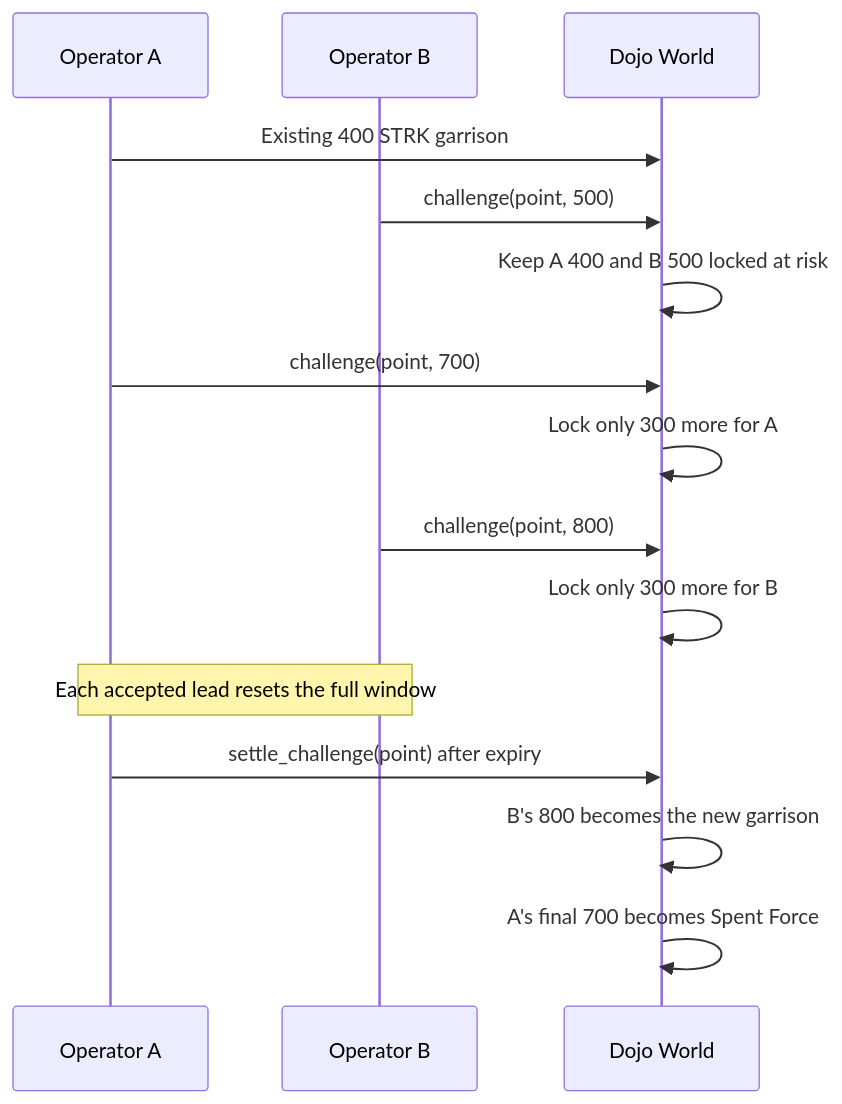
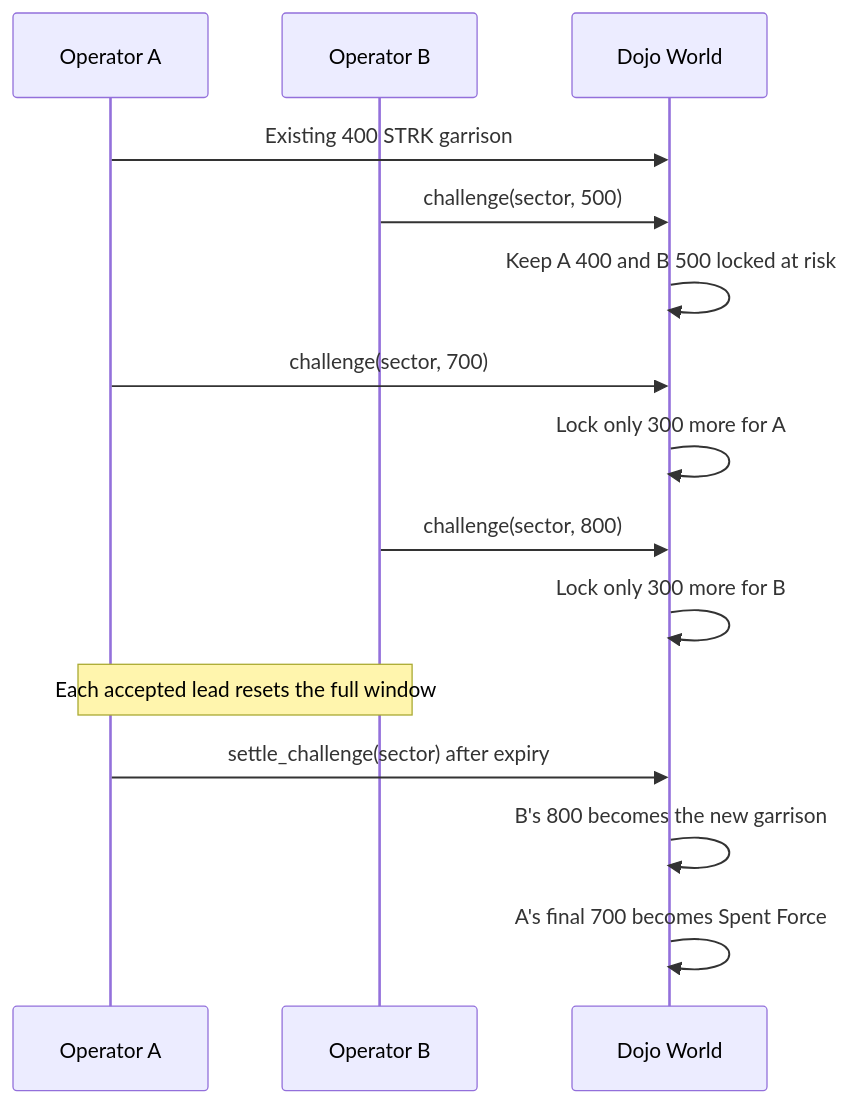
The diagram in docs/OPEN_CHALLENGE_FLOW.md (broody/stake-wars), drawn with Mermaid before and after one commit. The commit also changed other lines of this file and 93 other files, not shown here.

````diff
--- a/docs/OPEN_CHALLENGE_FLOW.md
+++ b/docs/OPEN_CHALLENGE_FLOW.md
@@ -32,18 +32,18 @@
 ```mermaid
 sequenceDiagram
     participant A as Operator A
     participant B as Operator B
     participant W as Dojo World
 
     A->>W: Existing 400 STRK garrison
-    B->>W: challenge(point, 500)
+    B->>W: challenge(sector, 500)
     W->>W: Keep A 400 and B 500 locked at risk
-    A->>W: challenge(point, 700)
+    A->>W: challenge(sector, 700)
     W->>W: Lock only 300 more for A
-    B->>W: challenge(point, 800)
+    B->>W: challenge(sector, 800)
     W->>W: Lock only 300 more for B
     Note over A,B: Each accepted lead resets the full window
-    A->>W: settle_challenge(point) after expiry
+    A->>W: settle_challenge(sector) after expiry
     W->>W: B's 800 becomes the new garrison
     W->>W: A's final 700 becomes Spent Force
 ```
````
